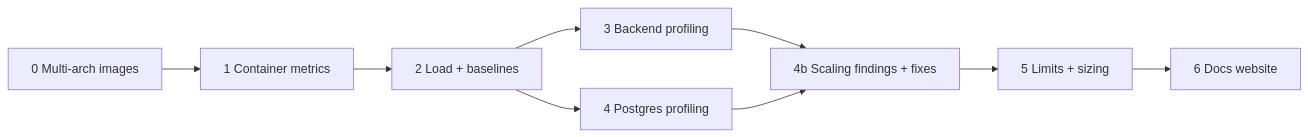
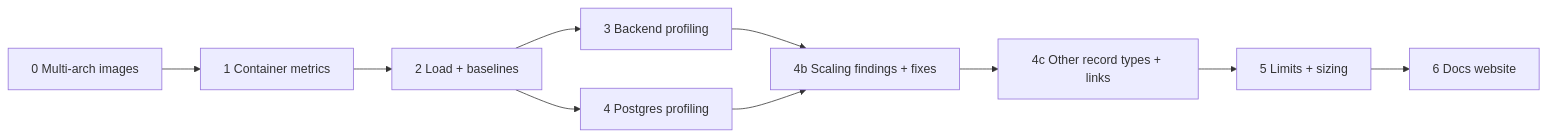
Before and after one commit to ballardr/reqtrackmanager: the first of 3 diagrams in docs/plans/resource-profiling-plan.md, drawn with Mermaid. The commit also changed other lines of this file and 4 other files, not shown here.

````diff
--- a/docs/plans/resource-profiling-plan.md
+++ b/docs/plans/resource-profiling-plan.md
@@ -20,11 +21,12 @@
 ```mermaid
 flowchart LR
     P0["0 Multi-arch images"] --> P1
     P1["1 Container metrics"] --> P2["2 Load + baselines"]
     P2 --> P3["3 Backend profiling"]
     P2 --> P4["4 Postgres profiling"]
     P3 --> P4b["4b Scaling findings + fixes"]
     P4 --> P4b
-    P4b --> P5["5 Limits + sizing"]
+    P4b --> P4c["4c Other record types + links"]
+    P4c --> P5["5 Limits + sizing"]
     P5 --> P6["6 Docs website"]
 ```
````
